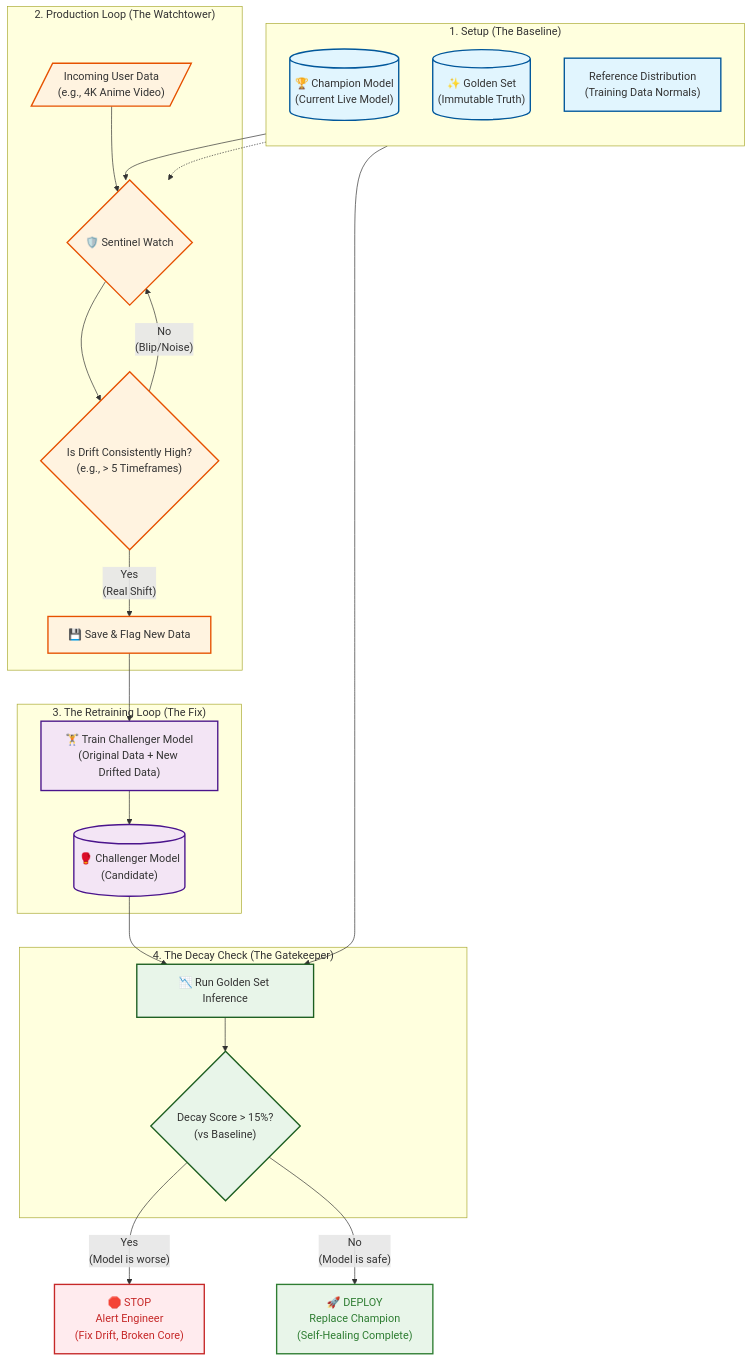
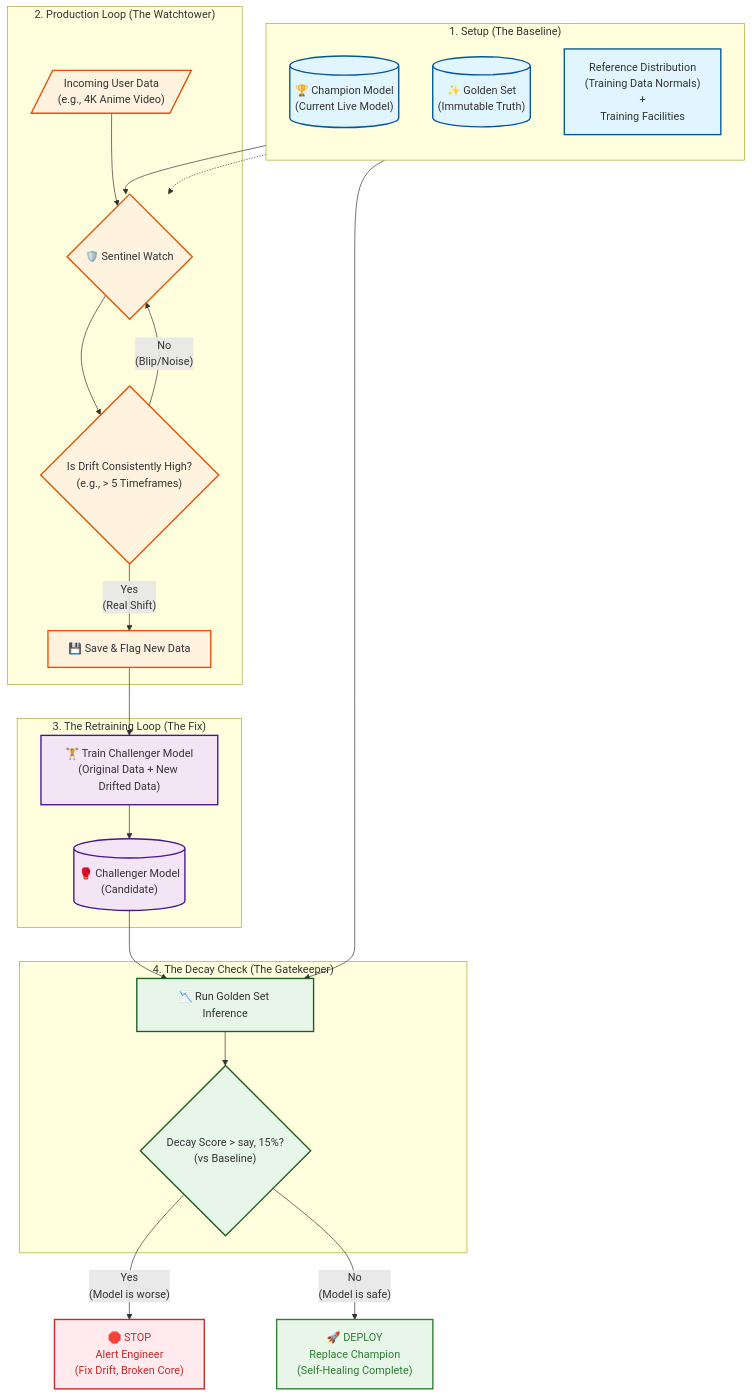
Before and after one commit to Kosher-T/sentinel: the diagram in README.md, drawn with Mermaid.

Commit message:
Update reference distribution and decay logic descriptions

````diff
--- a/README.md
+++ b/README.md
@@ -42,67 +42,67 @@
 ```mermaid
 graph TD
     %% Styling
     classDef setup fill:#e1f5fe,stroke:#01579b,stroke-width:2px;
     classDef production fill:#fff3e0,stroke:#e65100,stroke-width:2px;
     classDef retraining fill:#f3e5f5,stroke:#4a148c,stroke-width:2px;
     classDef gatekeeper fill:#e8f5e9,stroke:#1b5e20,stroke-width:2px;
     classDef stop fill:#ffebee,stroke:#c62828,stroke-width:2px,color:#c62828;
     classDef deploy fill:#e8f5e9,stroke:#2e7d32,stroke-width:2px,color:#2e7d32;
 
     %% 1. Setup Phase
     subgraph Setup ["1. Setup (The Baseline)"]
         direction TB
         Champion[("🏆 Champion Model<br/>(Current Live Model)")]
         GoldenSet[("✨ Golden Set<br/>(Immutable Truth)")]
-        RefDist["Reference Distribution<br/>(Training Data Normals)"]
+        RefDist["Reference Distribution<br/>(Training Data Normals)<br/>+<br/>Training Facilities"]
     end
     class Champion,GoldenSet,RefDist setup
 
     %% 2. Production Phase
     subgraph Production ["2. Production Loop (The Watchtower)"]
         Incoming[/"Incoming User Data<br/>(e.g., 4K Anime Video)"/]
         Sentinel{"🛡️ Sentinel Watch"}
         DriftLogic{"Is Drift Consistently High?<br/>(e.g., > 5 Timeframes)"}
         FlagData["💾 Save & Flag New Data"]
     end
     class Incoming,Sentinel,DriftLogic,FlagData production
 
     %% 3. Retraining Phase
     subgraph Retraining ["3. The Retraining Loop (The Fix)"]
         Train["🏋️ Train Challenger Model<br/>(Original Data + New Drifted Data)"]
         Challenger[("🥊 Challenger Model<br/>(Candidate)")]
     end
     class Train,Challenger retraining
 
     %% 4. Decay Check Phase
     subgraph Gatekeeper ["4. The Decay Check (The Gatekeeper)"]
         RunTest["📉 Run Golden Set Inference"]
-        DecayLogic{"Decay Score > 15%?<br/>(vs Baseline)"}
+        DecayLogic{"Decay Score > say, 15%?<br/>(vs Baseline)"}
     end
     class RunTest,DecayLogic gatekeeper
 
     %% Outcomes
     StopAction["🛑 STOP<br/>Alert Engineer<br/>(Fix Drift, Broken Core)"]
     DeployAction["🚀 DEPLOY<br/>Replace Champion<br/>(Self-Healing Complete)"]
     class StopAction stop
     class DeployAction deploy
 
     %% Connections
     RefDist --> Sentinel
     Champion -.-> Sentinel
     Incoming --> Sentinel
     Sentinel --> DriftLogic
     
     DriftLogic -- No<br/>(Blip/Noise) --> Sentinel
     DriftLogic -- Yes<br/>(Real Shift) --> FlagData
     
     FlagData --> Train
     Train --> Challenger
     
     Challenger --> RunTest
     GoldenSet --> RunTest
     RunTest --> DecayLogic
     
     DecayLogic -- Yes<br/>(Model is worse) --> StopAction
     DecayLogic -- No<br/>(Model is safe) --> DeployAction
 ```
````
